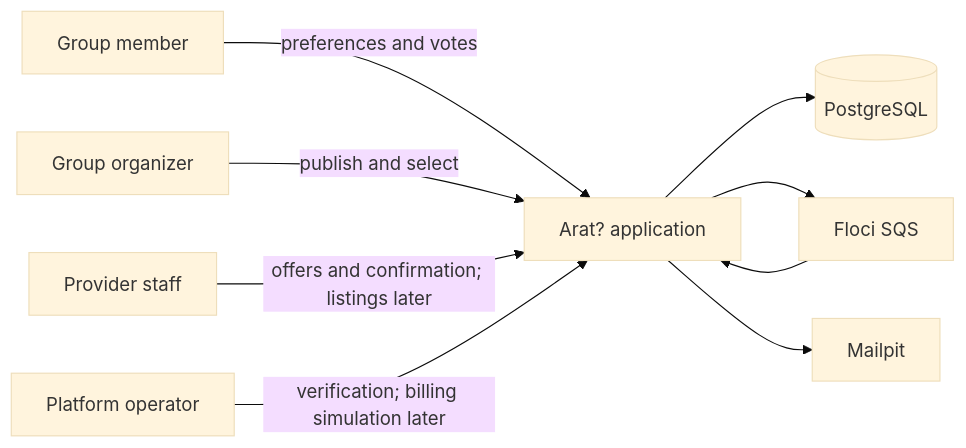
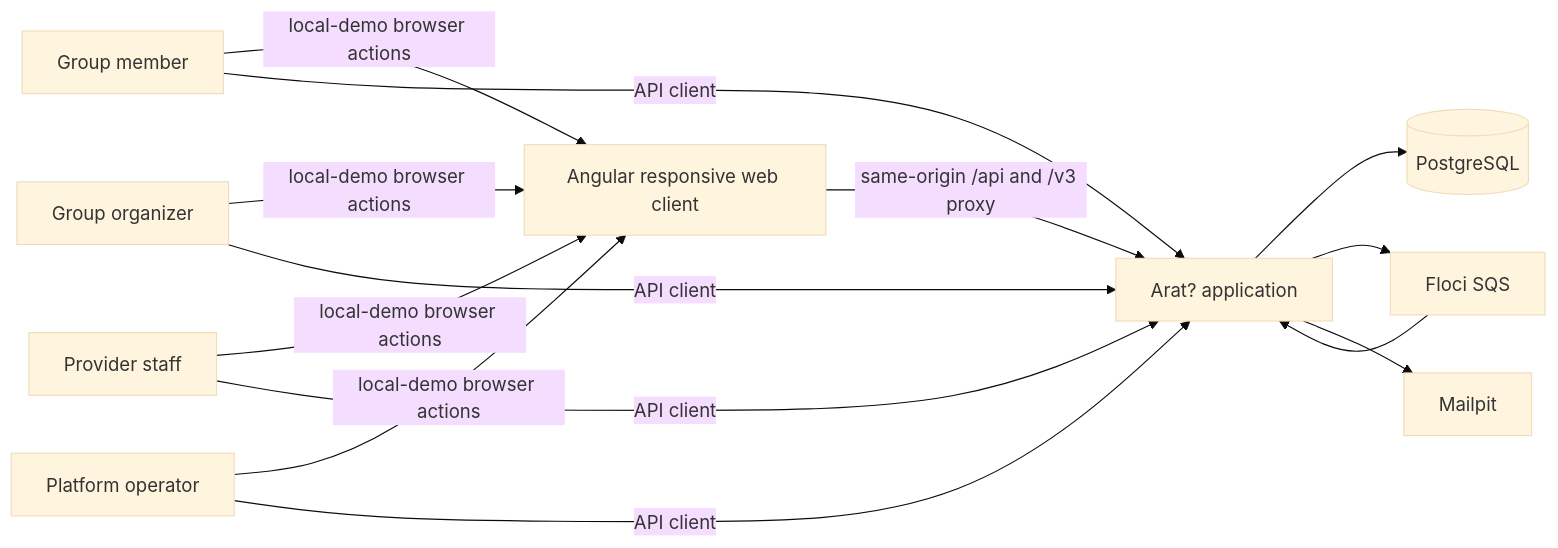
One commit to builtbyjuls/arat changed the first of 5 diagrams in docs/architecture.md. Above: the diagram before and after it, drawn with Mermaid (base theme). The commit also changed other lines of this file and 6 other files, not shown here.

Commit message:
docs(web): document mobile client workflow

````diff
--- a/docs/architecture.md
+++ b/docs/architecture.md
@@ -51,22 +51,29 @@
 ```mermaid
 flowchart LR
     Member[Group member]
     Organizer[Group organizer]
     ProviderUser[Provider staff]
     Admin[Platform operator]
 
     Arat[Arat? application]
     Postgres[(PostgreSQL)]
     Queue[Floci SQS]
     Mailpit[Mailpit]
 
-    Member -->|preferences and votes| Arat
-    Organizer -->|publish and select| Arat
-    ProviderUser -->|offers and confirmation; listings later| Arat
-    Admin -->|verification; billing simulation later| Arat
+    Web[Angular responsive web client]
+
+    Member -->|local-demo browser actions| Web
+    Organizer -->|local-demo browser actions| Web
+    ProviderUser -->|local-demo browser actions| Web
+    Admin -->|local-demo browser actions| Web
+    Web -->|same-origin /api and /v3 proxy| Arat
+    Member -->|API client| Arat
+    Organizer -->|API client| Arat
+    ProviderUser -->|API client| Arat
+    Admin -->|API client| Arat
 
     Arat --> Postgres
     Arat --> Queue
     Queue --> Arat
     Arat --> Mailpit
 ```
````
